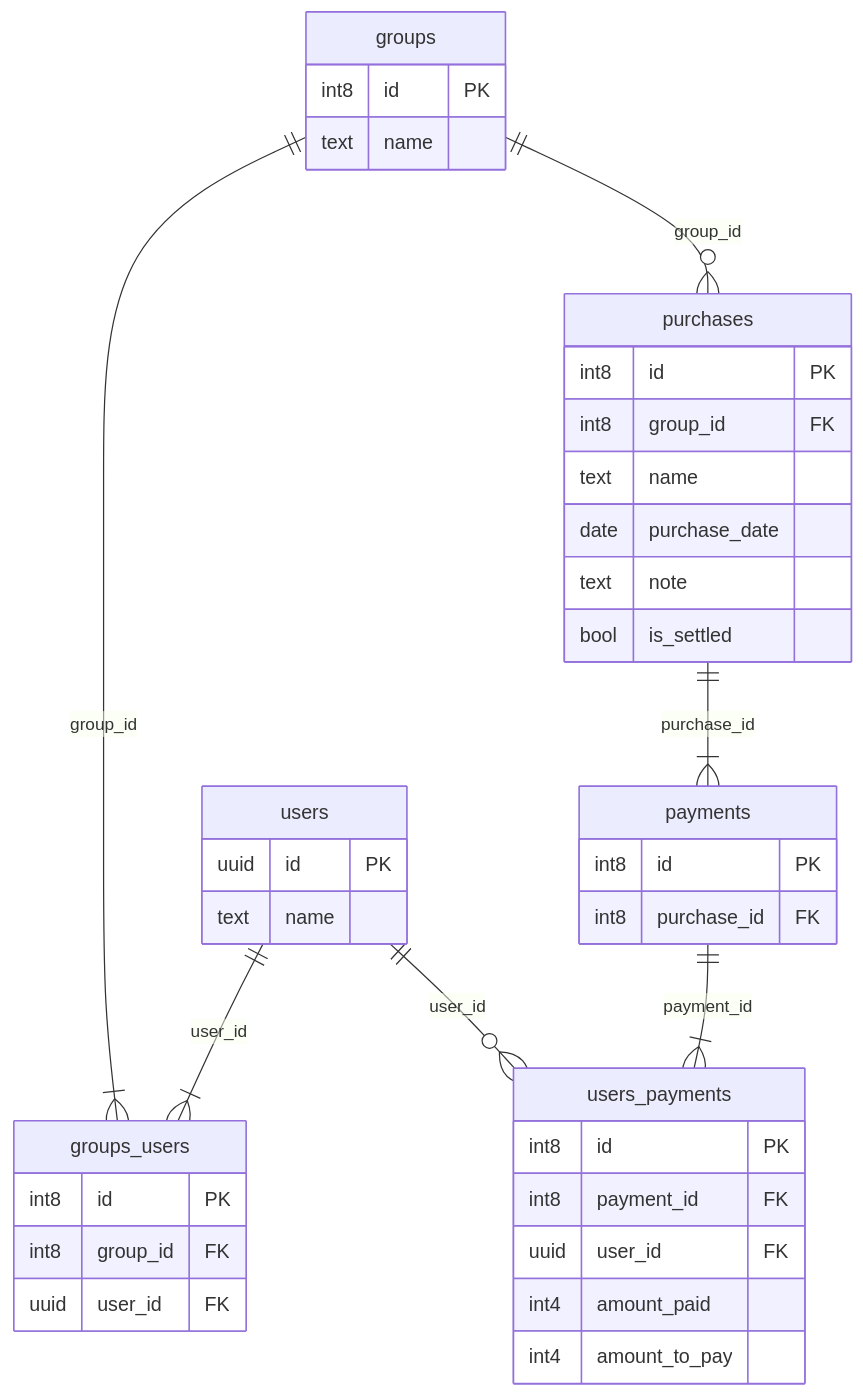
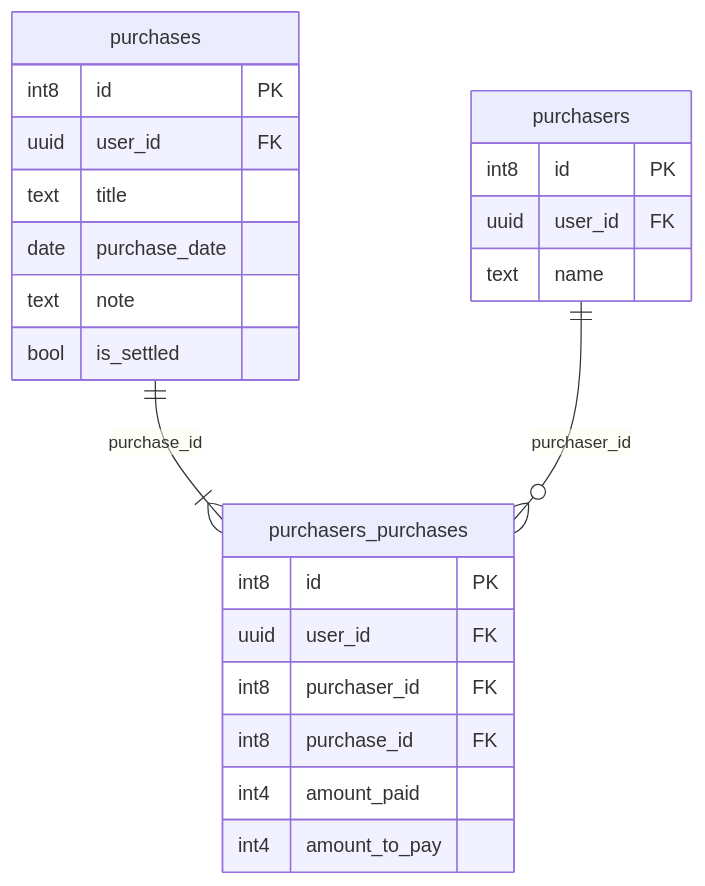
One commit to tom-chiba/warikan-with-nextjs-supabase changed the diagram in db_design_document.md. Above: the diagram before and after it, drawn with Mermaid. The commit also changed 4 other files, not shown here.

````diff
--- a/db_design_document.md
+++ b/db_design_document.md
@@ -3,47 +3,29 @@
 ```mermaid
 erDiagram
-  groups ||--|{ groups_users: "group_id"
-  users ||--|{ groups_users: "user_id"
-  groups ||--o{ purchases: "group_id"
-  purchases ||--|{ payments: "purchase_id"
-  users ||--o{ users_payments: "user_id"
-  payments ||--|{ users_payments: "payment_id"
-
-  groups {
-    int8 id PK
-    text name
-  }
-
-  groups_users {
-    int8 id PK
-    int8 group_id FK
-    uuid user_id FK
-  }
-
-  users {
-    uuid id PK
-    text name
-  }
+  purchases ||--|{ purchasers_purchases: "purchase_id"
+  purchasers ||--o{ purchasers_purchases: "purchaser_id"
 
   purchases {
     int8 id PK
-    int8 group_id FK
-    text name
+    uuid user_id FK
+    text title
     date purchase_date
     text note
     bool is_settled
   }
 
-  payments {
+  purchasers {
     int8 id PK
-    int8 purchase_id FK
+    uuid user_id FK
+    text name
   }
 
-  users_payments {
+  purchasers_purchases {
     int8 id PK
-    int8 payment_id FK
     uuid user_id FK
+    int8 purchaser_id FK
+    int8 purchase_id FK
     int4 amount_paid
     int4 amount_to_pay
   }
 ```
````
